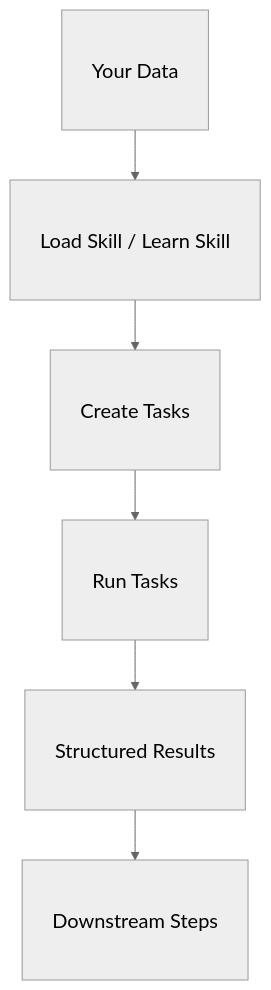
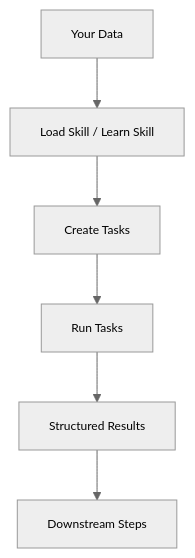
Before and after one commit to Pravko-Solutions/FlashLearn: the diagram in README.md, drawn with Mermaid (neutral theme).

````diff
--- a/README.md
+++ b/README.md
@@ -19,12 +19,12 @@
 ```mermaid
 flowchart TB
-    classDef smallBox font-size:20px, padding:2px;
+    classDef smallBox font-size:12px, padding:0px;
 
     H[Your Data] --> I[Load Skill / Learn Skill]
     I --> J[Create Tasks]
     J --> K[Run Tasks]
     K --> L[Structured Results]
     L --> M[Downstream Steps]
 
     class H,I,J,K,L,M smallBox;
 ```
````
